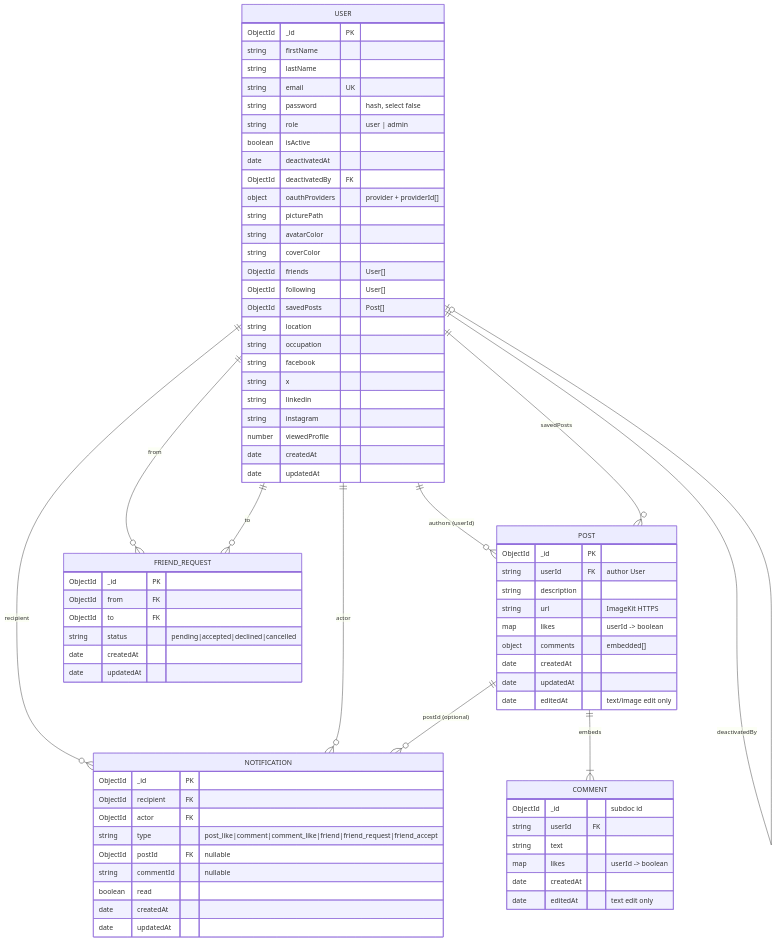
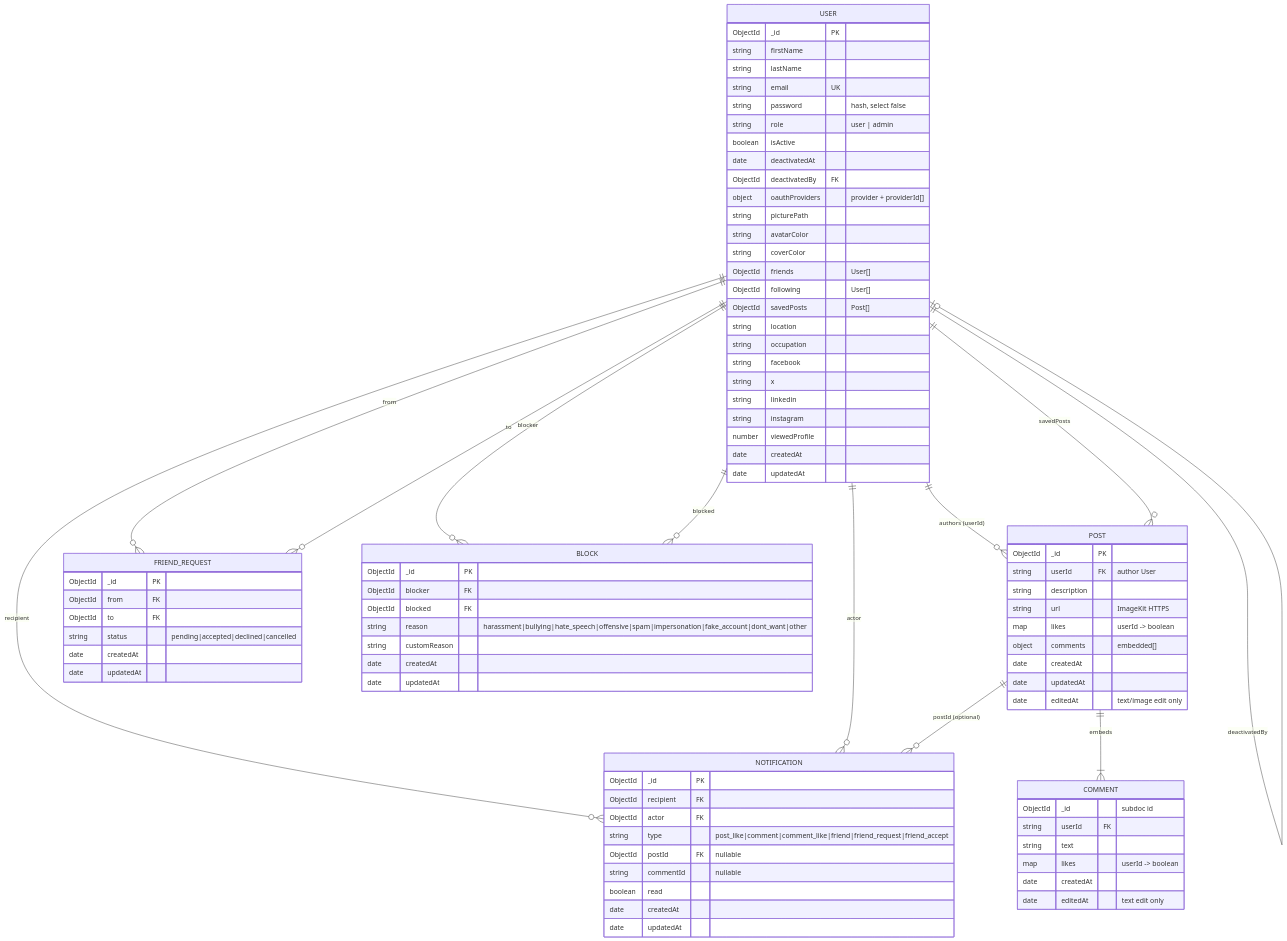
One commit to MoShahan/xivi changed the diagram in docs/ERD.md. Above: the diagram before and after it, drawn with Mermaid. The commit also changed other lines of this file and 31 other files, not shown here.

```diff
--- a/docs/ERD.md
+++ b/docs/ERD.md
@@ -20,6 +20,8 @@
   POST ||--o{ NOTIFICATION : "postId (optional)"
   USER ||--o{ USER : "friends (mutual)"
   USER ||--o{ USER : "following (one-way)"
+  USER ||--o{ BLOCK : "blocker"
+  USER ||--o{ BLOCK : "blocked"
   USER ||--o{ POST : "savedPosts"
   USER ||--o| USER : "deactivatedBy"
   POST ||--|{ COMMENT : "embeds"
@@ -82,6 +84,16 @@
     date updatedAt
   }
 
+  BLOCK {
+    ObjectId _id PK
+    ObjectId blocker FK
+    ObjectId blocked FK
+    string reason "harassment|bullying|hate_speech|offensive|spam|impersonation|fake_account|dont_want|other"
+    string customReason
+    date createdAt
+    date updatedAt
+  }
+
   NOTIFICATION {
     ObjectId _id PK
     ObjectId recipient FK
```
